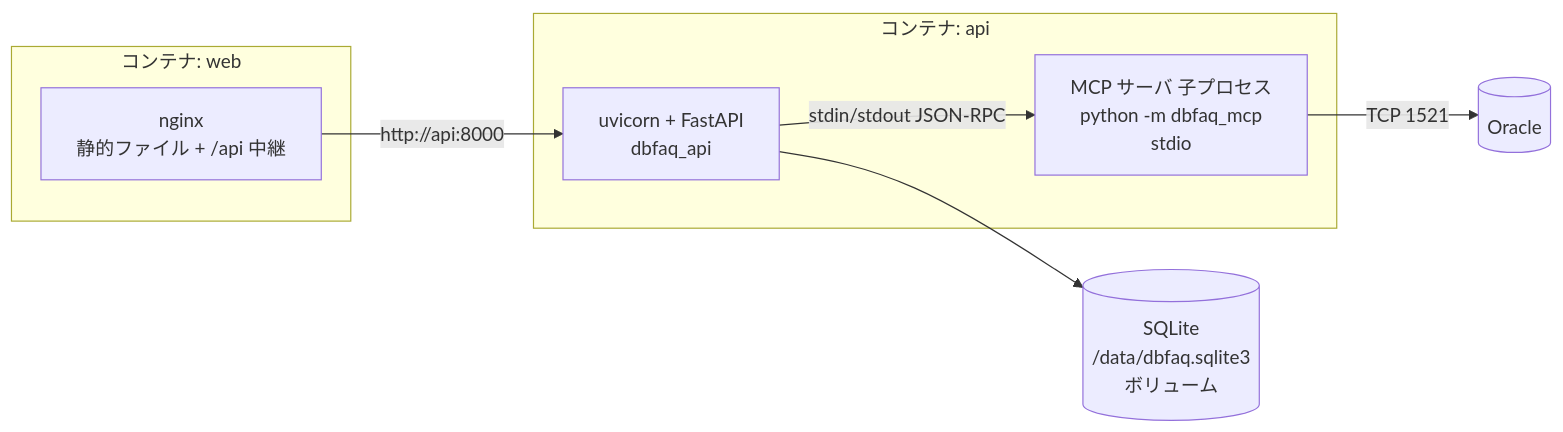
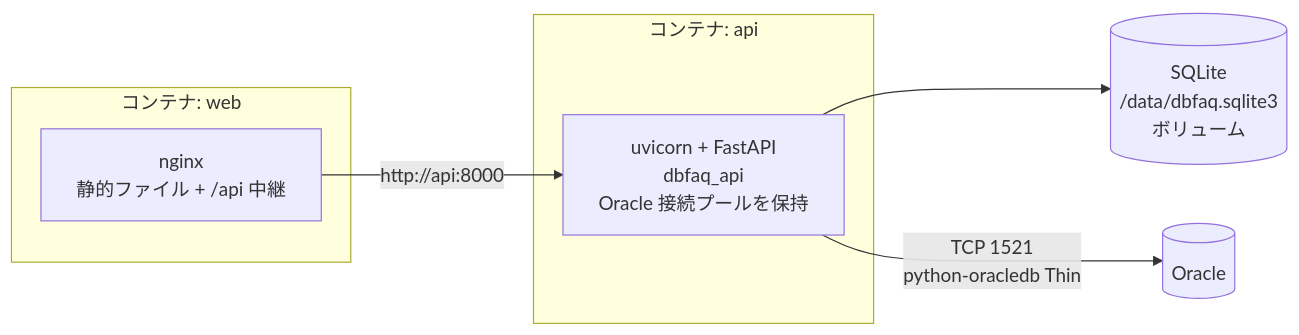
One commit to kagyuu/DbFAQ changed the diagram in docs/P003-backend-spec.md. Above: the diagram before and after it, drawn with Mermaid. The commit also changed other lines of this file and 147 other files, not shown here.

First line of the commit message:
CR-002(MCP の廃止と backend への統合)と CR-003(dbfaq_common の統合)

````diff
--- a/docs/P003-backend-spec.md
+++ b/docs/P003-backend-spec.md
@@ -10,14 +10,12 @@
 ```mermaid
 flowchart LR
   subgraph web[コンテナ: web]
     NG[nginx<br/>静的ファイル + /api 中継]
   end
   subgraph api[コンテナ: api]
-    UV[uvicorn + FastAPI<br/>dbfaq_api]
-    MC[MCP サーバ 子プロセス<br/>python -m dbfaq_mcp<br/>stdio]
-    UV -- stdin/stdout JSON-RPC --> MC
+    UV[uvicorn + FastAPI<br/>dbfaq_api<br/>Oracle 接続プールを保持]
   end
   NG -->|http://api:8000| UV
   UV --> SQ[(SQLite<br/>/data/dbfaq.sqlite3<br/>ボリューム)]
-  MC -->|TCP 1521| ORA[(Oracle)]
+  UV -->|TCP 1521<br/>python-oracledb Thin| ORA[(Oracle)]
 ```
````
